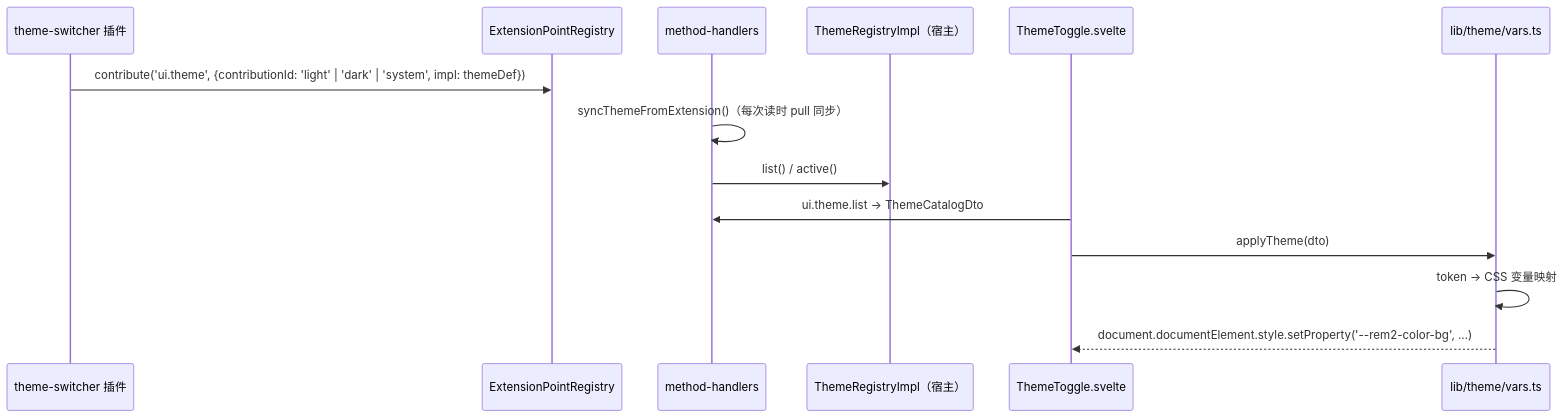
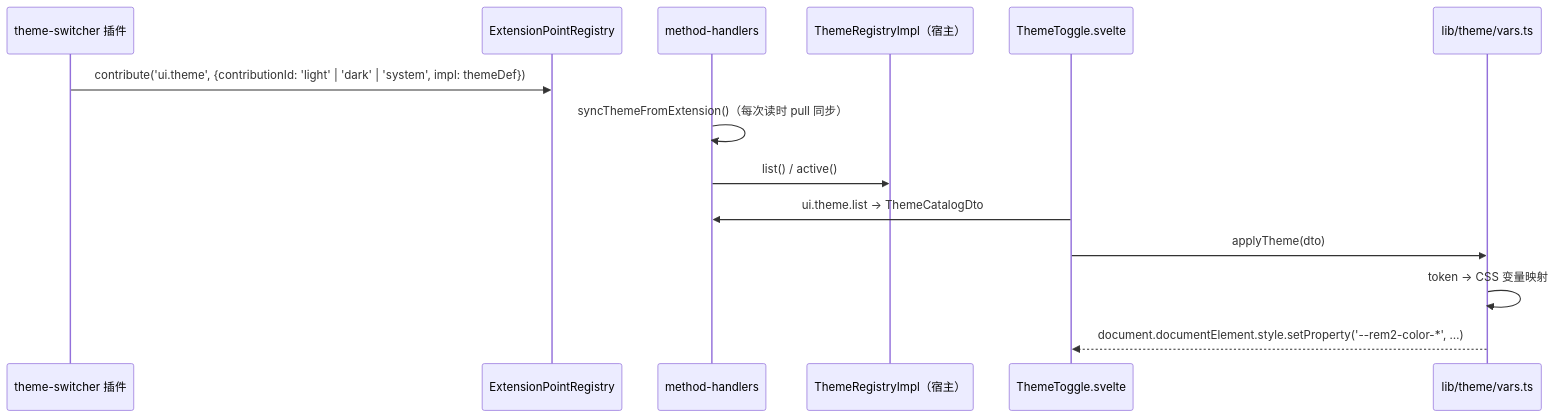
The second of 2 diagrams in docs/03-frontend-ipc.md (kino14910/REM2), drawn with Mermaid before and after one commit. The commit also changed other lines of this file and 23 other files, not shown here.

````diff
--- a/docs/03-frontend-ipc.md
+++ b/docs/03-frontend-ipc.md
@@ -348,17 +357,17 @@
 ```mermaid
 sequenceDiagram
   participant TD as theme-switcher 插件
   participant EP as ExtensionPointRegistry
   participant BR as method-handlers
   participant TR as ThemeRegistryImpl（宿主）
   participant TH as ThemeToggle.svelte
   participant V as lib/theme/vars.ts
 
   TD->>EP: contribute('ui.theme', {contributionId: 'light' | 'dark' | 'system', impl: themeDef})
   BR->>BR: syncThemeFromExtension()（每次读时 pull 同步）
   BR->>TR: list() / active()
   TH->>BR: ui.theme.list → ThemeCatalogDto
   TH->>V: applyTheme(dto)
   V->>V: token → CSS 变量映射
-  V-->>TH: document.documentElement.style.setProperty('--rem2-color-bg', …)
+  V-->>TH: document.documentElement.style.setProperty('--rem2-color-*', …)
 ```
````
